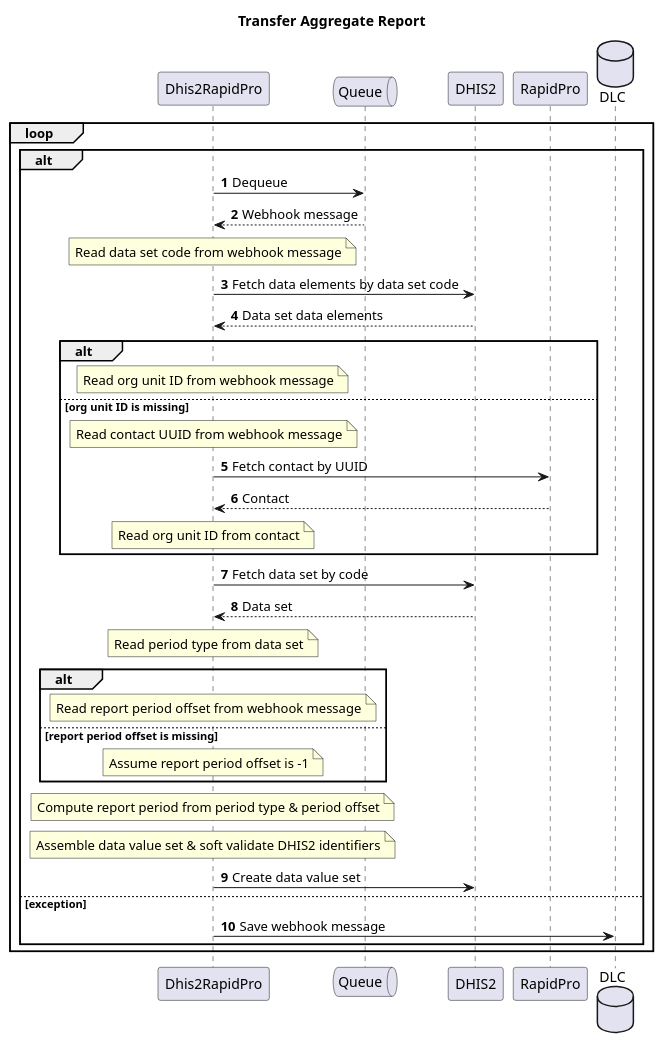
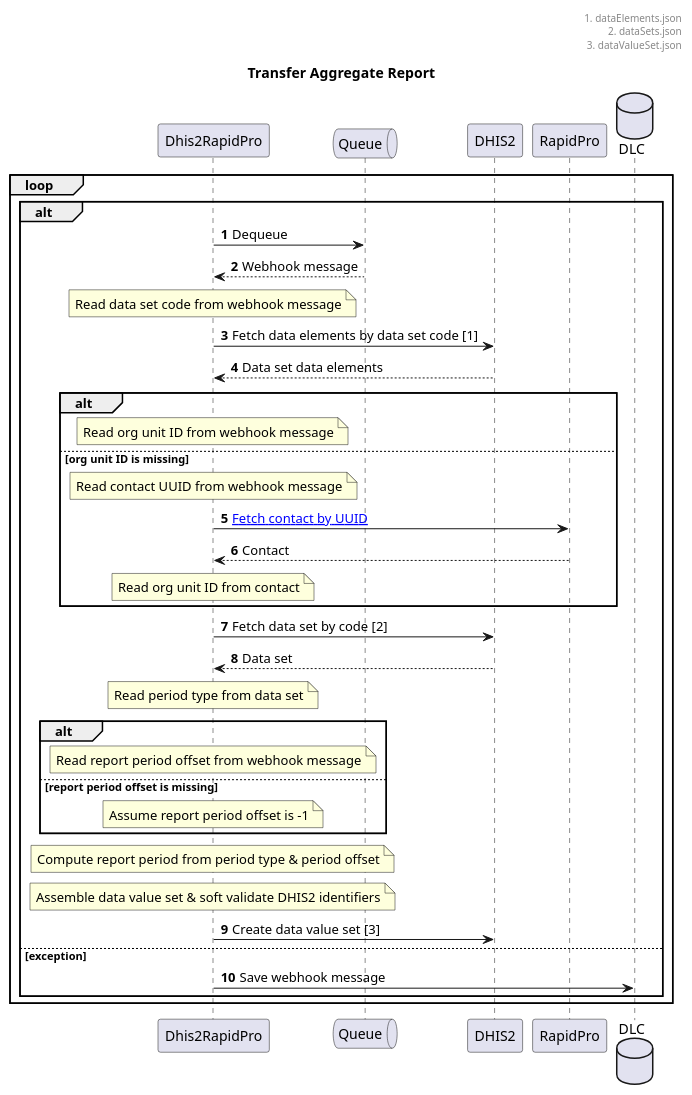
One commit to dhis2/integration-dhis-rapidpro changed the diagram in design/plantuml/transfer-aggr-report.puml. Above: the diagram before and after it, drawn with PlantUML. The commit also changed 4 other files, not shown here.

Commit message:
docs: document JSON data structures as requested by @bobjolliffe (#100)

```diff
--- a/design/plantuml/transfer-aggr-report.puml
+++ b/design/plantuml/transfer-aggr-report.puml
@@ -1,40 +1,46 @@
 @startuml
 title Transfer Aggregate Report
 participant Dhis2RapidPro as Dhis2RapidPro
 queue Queue as Queue
 participant DHIS2 as DHIS2
 participant RapidPro as RapidPro
 database DLC as DLC
 autonumber
 skinparam responseMessageBelowArrow true
+header
+    1. dataElements.json
+    2. dataSets.json
+    3. dataValueSet.json
+endheader
+
 loop
     alt
         Dhis2RapidPro -> Queue: Dequeue
         Queue --> Dhis2RapidPro: Webhook message
         note over Dhis2RapidPro: Read data set code from webhook message
-        Dhis2RapidPro -> DHIS2: Fetch data elements by data set code
+        Dhis2RapidPro -> DHIS2: Fetch data elements by data set code [1]
         DHIS2 --> Dhis2RapidPro: Data set data elements
         alt
             note over Dhis2RapidPro: Read org unit ID from webhook message
         else org unit ID is missing
             note over Dhis2RapidPro: Read contact UUID from webhook message
-            Dhis2RapidPro -> RapidPro: Fetch contact by UUID
+            Dhis2RapidPro -> RapidPro: [[https://rapidpro.io/api/v2/contacts Fetch contact by UUID]]
             RapidPro --> Dhis2RapidPro: Contact
             note over Dhis2RapidPro: Read org unit ID from contact
         end
-        Dhis2RapidPro -> DHIS2: Fetch data set by code
+        Dhis2RapidPro -> DHIS2: Fetch data set by code [2]
         DHIS2 --> Dhis2RapidPro: Data set
         note over Dhis2RapidPro: Read period type from data set
         alt
             note over Dhis2RapidPro: Read report period offset from webhook message
          else report period offset is missing
            note over Dhis2RapidPro: Assume report period offset is -1
         end
         note over Dhis2RapidPro: Compute report period from period type & period offset
         note over Dhis2RapidPro: Assemble data value set & soft validate DHIS2 identifiers
-        Dhis2RapidPro -> DHIS2: Create data value set
+        Dhis2RapidPro -> DHIS2: Create data value set [3]
     else exception
         Dhis2RapidPro -> DLC: Save webhook message
     end
 end
 @enduml
```
